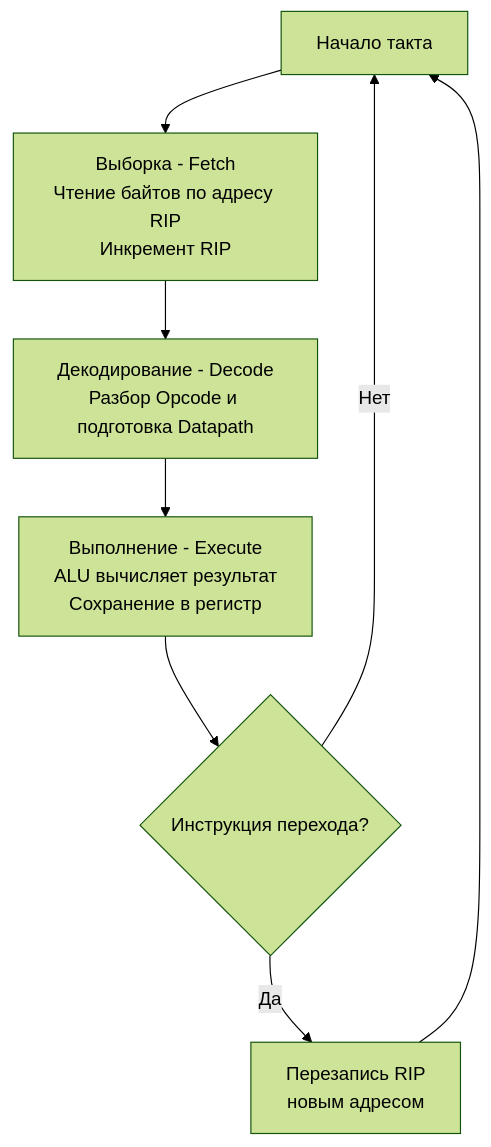
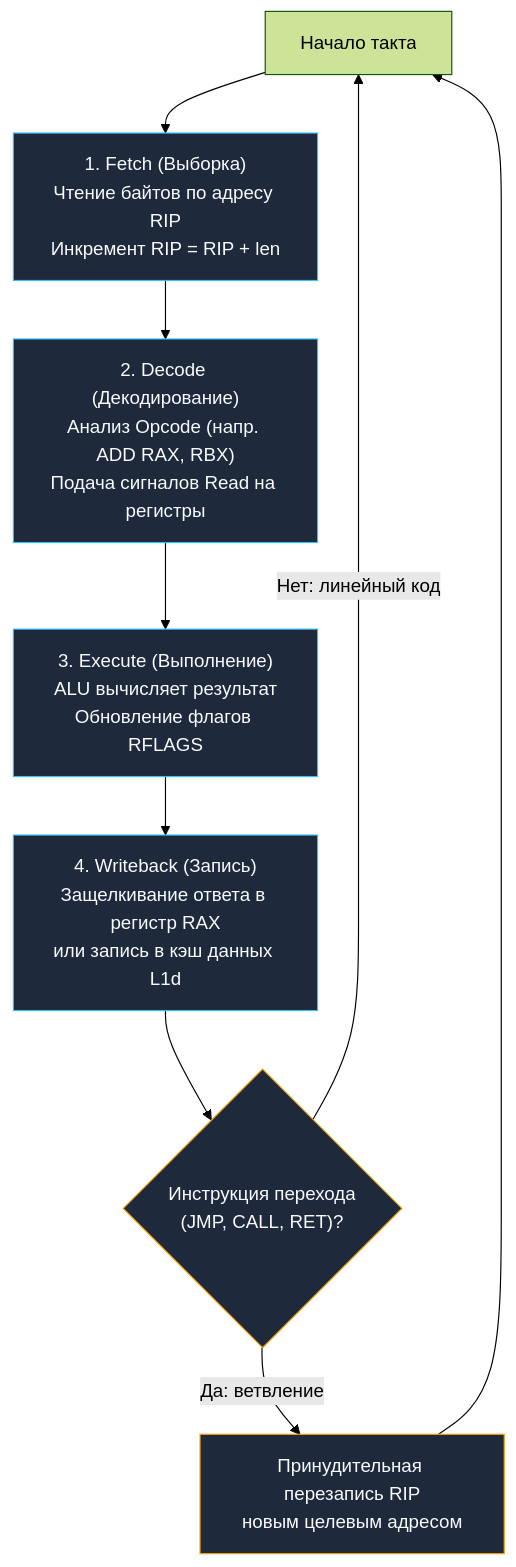
One commit to UnrealTemplier/go-textbook changed the second of 3 diagrams in sources/1. Архитектура компьютера/7. Цикл исполнения инструкции. Fetch, Decode, Execute.md. Above: the diagram before and after it, drawn with Mermaid (forest theme). The commit also changed other lines of this file, not shown here.

````diff
--- a/sources/1. Архитектура компьютера/7. Цикл исполнения инструкции. Fetch, Decode, Execute.md
+++ b/sources/1. Архитектура компьютера/7. Цикл исполнения инструкции. Fetch, Decode, Execute.md
@@ -46,11 +85,17 @@
 ```mermaid
 flowchart TD
-    Start["Начало такта"] --> Fetch["Выборка - Fetch<br>Чтение байтов по адресу RIP<br>Инкремент RIP"]
-    Fetch --> Decode["Декодирование - Decode<br>Разбор Opcode и подготовка Datapath"]
-    Decode --> Execute["Выполнение - Execute<br>ALU вычисляет результат<br>Сохранение в регистр"]
-    Execute --> Jump{"Инструкция перехода?"}
+    Start["Начало такта"] --> Fetch["1. Fetch (Выборка)<br>Чтение байтов по адресу RIP<br>Инкремент RIP = RIP + len"]
+    Fetch --> Decode["2. Decode (Декодирование)<br>Анализ Opcode (напр. ADD RAX, RBX)<br>Подача сигналов Read на регистры"]
+    Decode --> Execute["3. Execute (Выполнение)<br>ALU вычисляет результат<br>Обновление флагов RFLAGS"]
+    Execute --> WB["4. Writeback (Запись)<br>Защелкивание ответа в регистр RAX<br>или запись в кэш данных L1d"]
+    WB --> Jump{"Инструкция перехода<br>(JMP, CALL, RET)?"}
     
-    Jump -->|Да| UpdateRIP["Перезапись RIP<br>новым адресом"]
-    Jump -->|Нет| Start
+    Jump -->|Да: ветвление| UpdateRIP["Принудительная перезапись RIP<br>новым целевым адресом"]
+    Jump -->|Нет: линейный код| Start
     UpdateRIP --> Start
+
+    classDef step fill:#1e293b,stroke:#38bdf8,stroke-width:1px,color:#f8fafc;
+    classDef branch fill:#1e293b,stroke:#f59e0b,stroke-width:1px,color:#f8fafc;
+    class Fetch,Decode,Execute,WB step;
+    class Jump,UpdateRIP branch;
 ```
````
